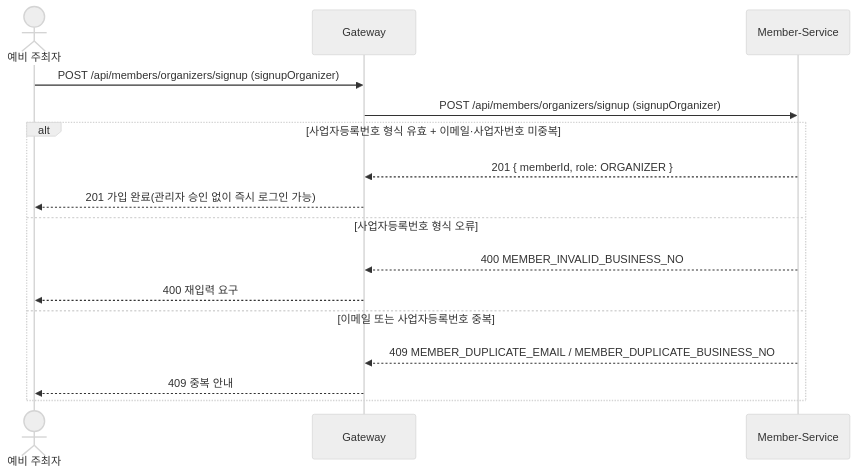
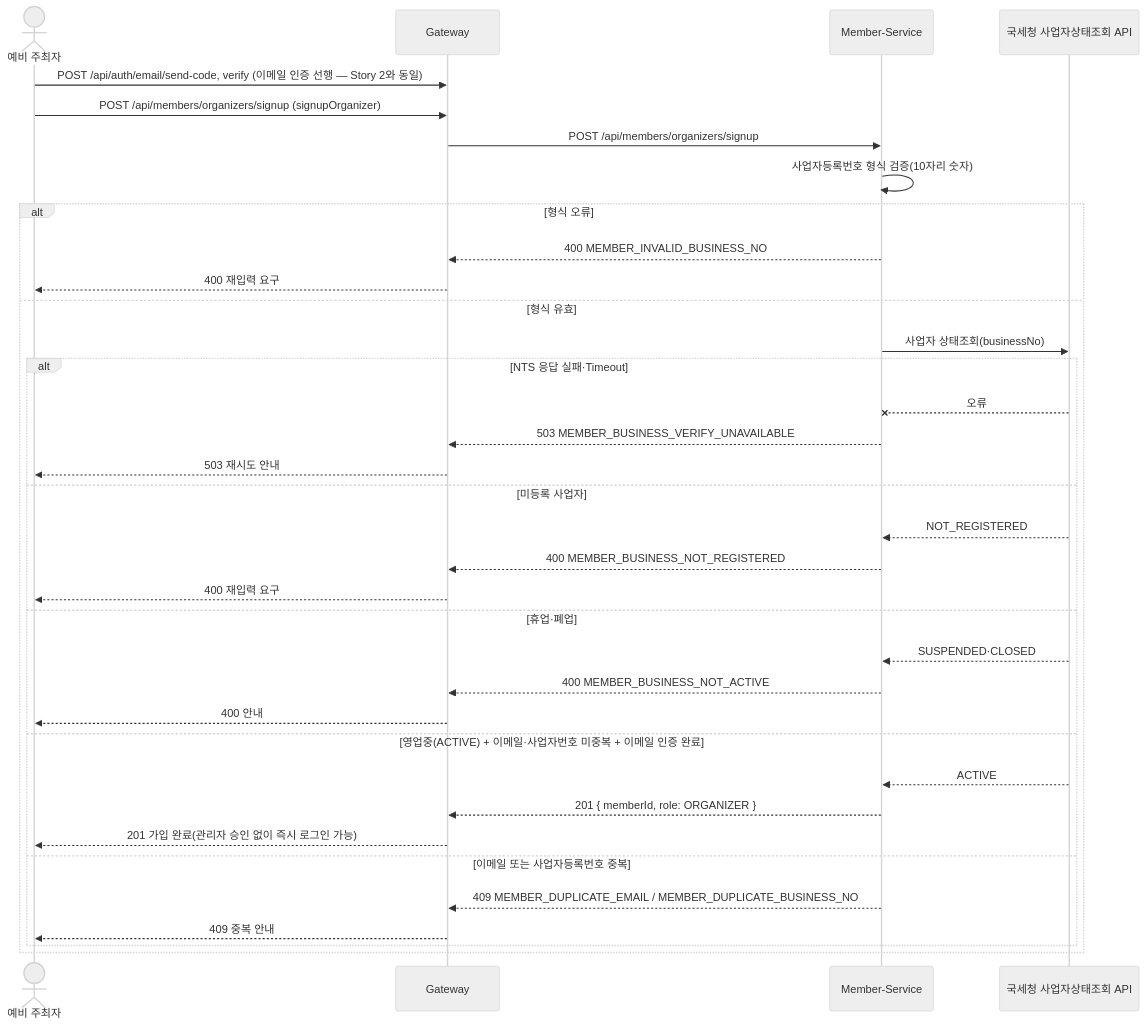
The fifth of 30 diagrams in docs/시퀀스.md (likelion-backend-24th/Final-Project-Team3), drawn with Mermaid (neutral theme) before and after one commit. The commit also changed other lines of this file and 4 other files, not shown here.

````diff
--- a/docs/시퀀스.md
+++ b/docs/시퀀스.md
@@ -98,18 +106,37 @@
 ```mermaid
 sequenceDiagram
     actor PO as 예비 주최자
     participant G as Gateway
     participant MS as Member-Service
+    participant NTS as 국세청 사업자상태조회 API
+    PO->>G: POST /api/auth/email/send-code, verify (이메일 인증 선행 — Story 2와 동일)
     PO->>G: POST /api/members/organizers/signup (signupOrganizer)
-    G->>MS: POST /api/members/organizers/signup (signupOrganizer)
-    alt 사업자등록번호 형식 유효 + 이메일·사업자번호 미중복
-        MS-->>G: 201 { memberId, role: ORGANIZER }
-        G-->>PO: 201 가입 완료(관리자 승인 없이 즉시 로그인 가능)
-    else 사업자등록번호 형식 오류
+    G->>MS: POST /api/members/organizers/signup
+    MS->>MS: 사업자등록번호 형식 검증(10자리 숫자)
+    alt 형식 오류
         MS-->>G: 400 MEMBER_INVALID_BUSINESS_NO
         G-->>PO: 400 재입력 요구
-    else 이메일 또는 사업자등록번호 중복
-        MS-->>G: 409 MEMBER_DUPLICATE_EMAIL / MEMBER_DUPLICATE_BUSINESS_NO
-        G-->>PO: 409 중복 안내
+    else 형식 유효
+        MS->>NTS: 사업자 상태조회(businessNo)
+        alt NTS 응답 실패·Timeout
+            NTS--xMS: 오류
+            MS-->>G: 503 MEMBER_BUSINESS_VERIFY_UNAVAILABLE
+            G-->>PO: 503 재시도 안내
+        else 미등록 사업자
+            NTS-->>MS: NOT_REGISTERED
+            MS-->>G: 400 MEMBER_BUSINESS_NOT_REGISTERED
+            G-->>PO: 400 재입력 요구
+        else 휴업·폐업
+            NTS-->>MS: SUSPENDED·CLOSED
+            MS-->>G: 400 MEMBER_BUSINESS_NOT_ACTIVE
+            G-->>PO: 400 안내
+        else 영업중(ACTIVE) + 이메일·사업자번호 미중복 + 이메일 인증 완료
+            NTS-->>MS: ACTIVE
+            MS-->>G: 201 { memberId, role: ORGANIZER }
+            G-->>PO: 201 가입 완료(관리자 승인 없이 즉시 로그인 가능)
+        else 이메일 또는 사업자등록번호 중복
+            MS-->>G: 409 MEMBER_DUPLICATE_EMAIL / MEMBER_DUPLICATE_BUSINESS_NO
+            G-->>PO: 409 중복 안내
+        end
     end
 ```
````
